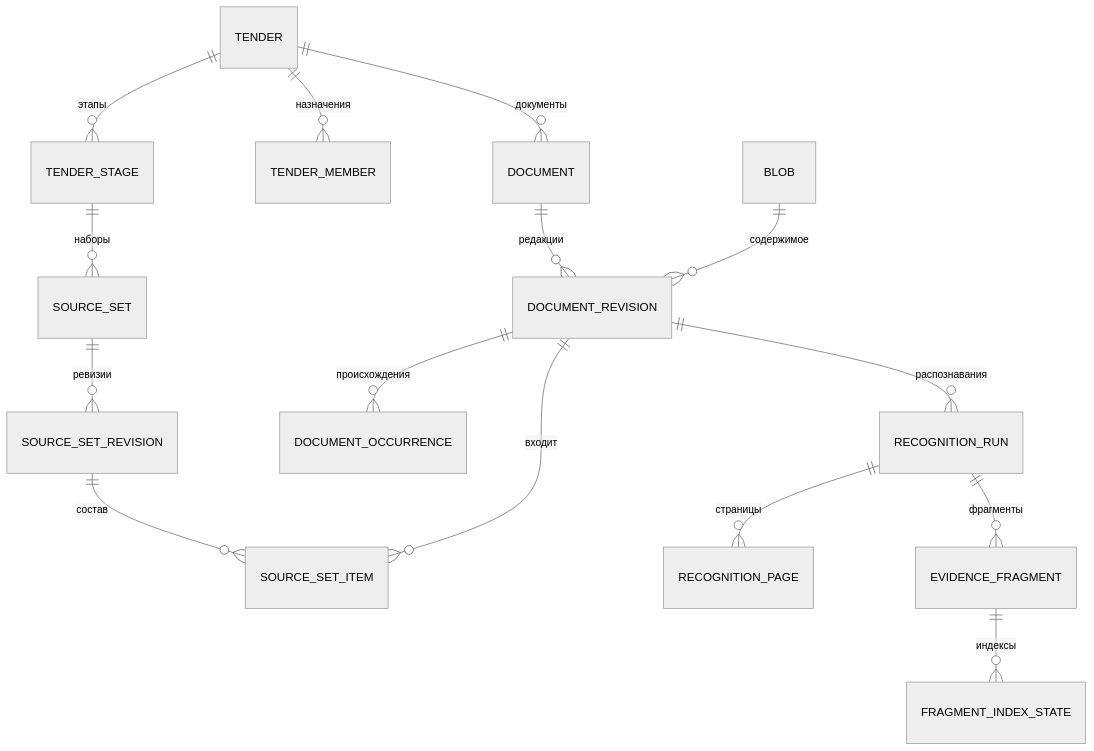
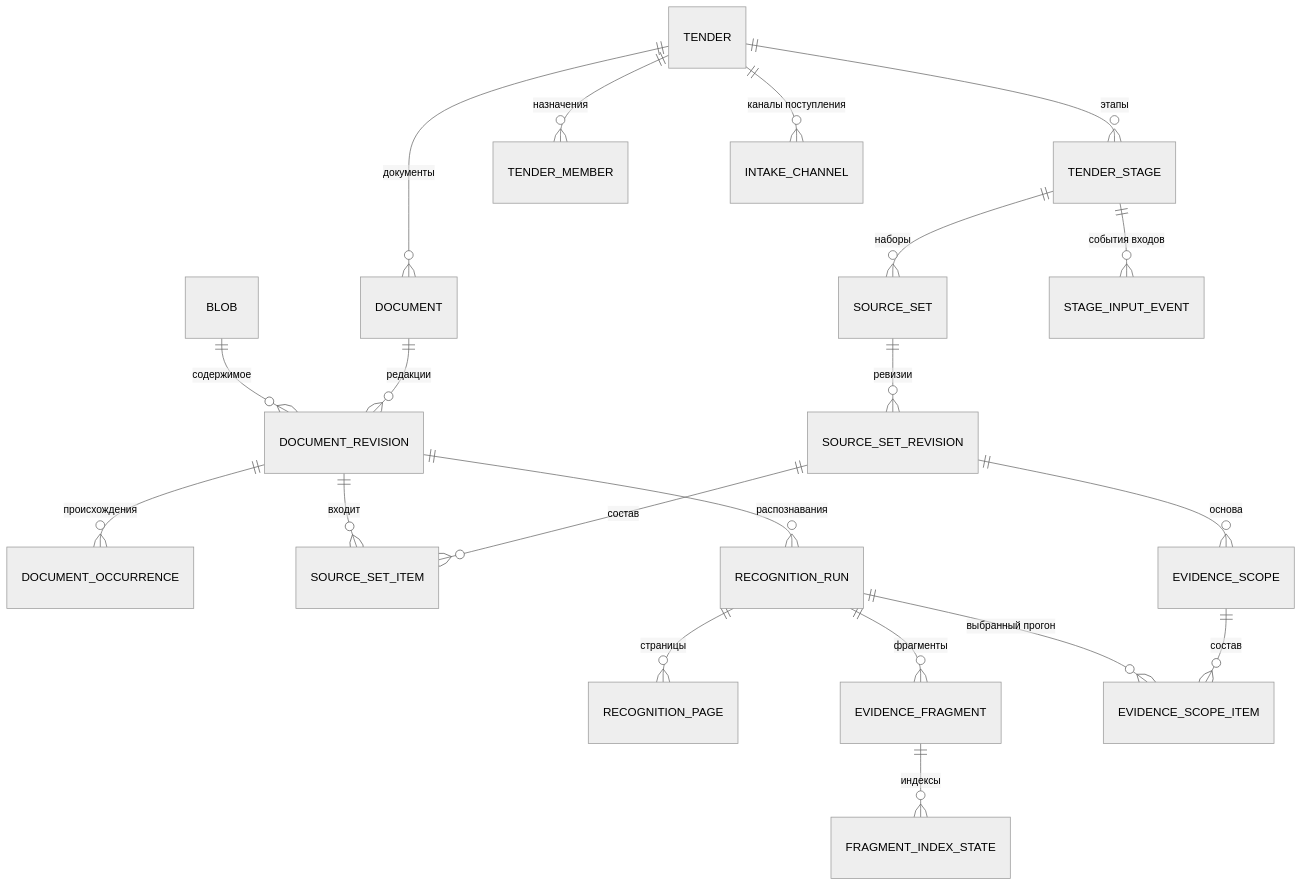
One commit to baldmaxim/ConturKP changed the first of 4 diagrams in docs/architecture/data-model.md. Above: the diagram before and after it, drawn with Mermaid (neutral theme). The commit also changed other lines of this file and 18 other files, not shown here.

````diff
--- a/docs/architecture/data-model.md
+++ b/docs/architecture/data-model.md
@@ -49,17 +49,22 @@
 ```mermaid
 erDiagram
   TENDER ||--o{ TENDER_STAGE : "этапы"
   TENDER ||--o{ TENDER_MEMBER : "назначения"
   TENDER ||--o{ DOCUMENT : "документы"
   DOCUMENT ||--o{ DOCUMENT_REVISION : "редакции"
   BLOB ||--o{ DOCUMENT_REVISION : "содержимое"
   DOCUMENT_REVISION ||--o{ DOCUMENT_OCCURRENCE : "происхождения"
   TENDER_STAGE ||--o{ SOURCE_SET : "наборы"
   SOURCE_SET ||--o{ SOURCE_SET_REVISION : "ревизии"
   SOURCE_SET_REVISION ||--o{ SOURCE_SET_ITEM : "состав"
   DOCUMENT_REVISION ||--o{ SOURCE_SET_ITEM : "входит"
   DOCUMENT_REVISION ||--o{ RECOGNITION_RUN : "распознавания"
   RECOGNITION_RUN ||--o{ RECOGNITION_PAGE : "страницы"
   RECOGNITION_RUN ||--o{ EVIDENCE_FRAGMENT : "фрагменты"
   EVIDENCE_FRAGMENT ||--o{ FRAGMENT_INDEX_STATE : "индексы"
+  TENDER_STAGE ||--o{ STAGE_INPUT_EVENT : "события входов"
+  TENDER ||--o{ INTAKE_CHANNEL : "каналы поступления"
+  SOURCE_SET_REVISION ||--o{ EVIDENCE_SCOPE : "основа"
+  EVIDENCE_SCOPE ||--o{ EVIDENCE_SCOPE_ITEM : "состав"
+  RECOGNITION_RUN ||--o{ EVIDENCE_SCOPE_ITEM : "выбранный прогон"
 ```
````
